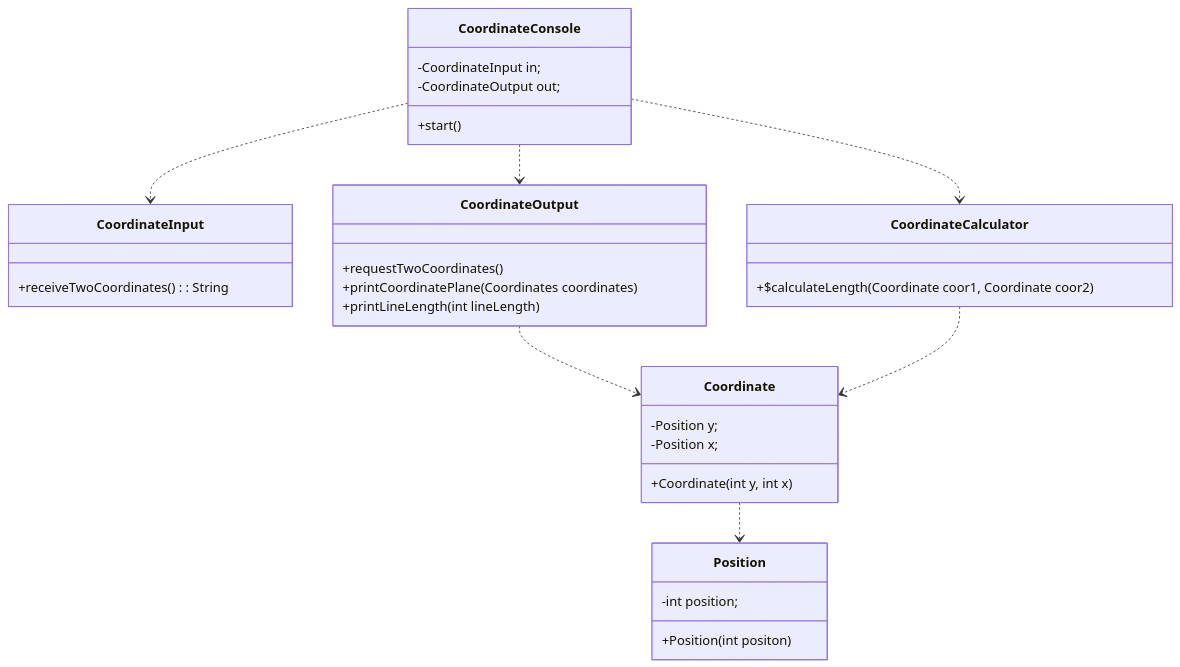
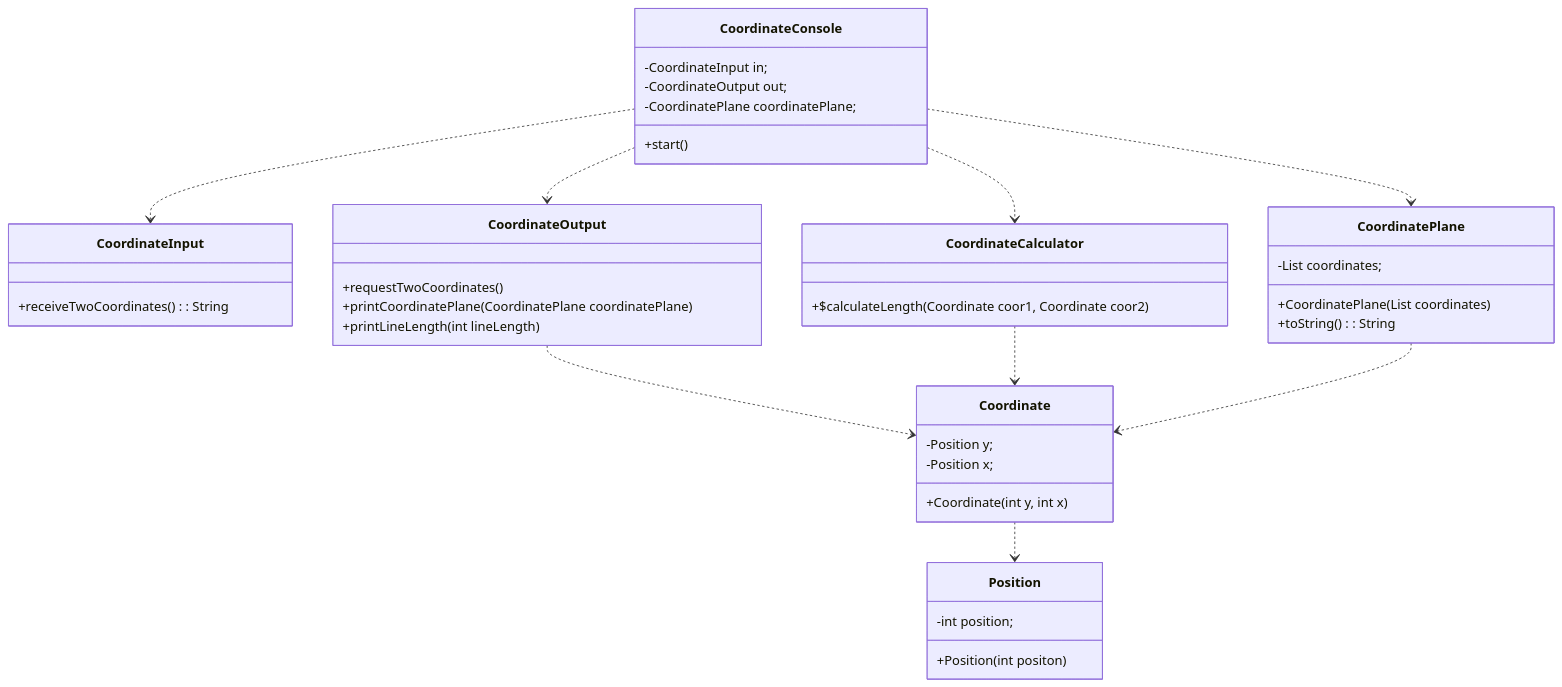
One commit to next-step/java-coordinate-playground changed the diagram in README.md. Above: the diagram before and after it, drawn with Mermaid. The commit also changed other lines of this file and 6 other files, not shown here.

````diff
--- a/README.md
+++ b/README.md
@@ -4,42 +4,52 @@
 ```mermaid
 classDiagram
     class CoordinateConsole {
         -CoordinateInput in;
         -CoordinateOutput out;
+        -CoordinatePlane coordinatePlane;
 
         +start()
     }
 
     CoordinateConsole ..> CoordinateInput
     class CoordinateInput {
         +receiveTwoCoordinates(): String
     }
 
     CoordinateConsole ..> CoordinateOutput
     class CoordinateOutput {
         +requestTwoCoordinates()
-        +printCoordinatePlane(Coordinates coordinates)
+        +printCoordinatePlane(CoordinatePlane coordinatePlane)
         +printLineLength(int lineLength)
     }
 
     CoordinateConsole ..> CoordinateCalculator
     class CoordinateCalculator {
         +$calculateLength(Coordinate coor1, Coordinate coor2)
     }
 
     CoordinateOutput ..> Coordinate
     CoordinateCalculator ..> Coordinate
     class Coordinate {
         -Position y;
         -Position x;
 
         +Coordinate(int y, int x)
     }
 
     Coordinate ..> Position
     class Position {
         -int position;
         
         +Position(int positon)
     }
+
+    CoordinateConsole ..> CoordinatePlane
+    CoordinatePlane ..> Coordinate
+    class CoordinatePlane {
+        -List<Coordinate> coordinates;
+        
+        +CoordinatePlane(List<Coordinate> coordinates)
+        +toString(): String
+    }
 ```
````
